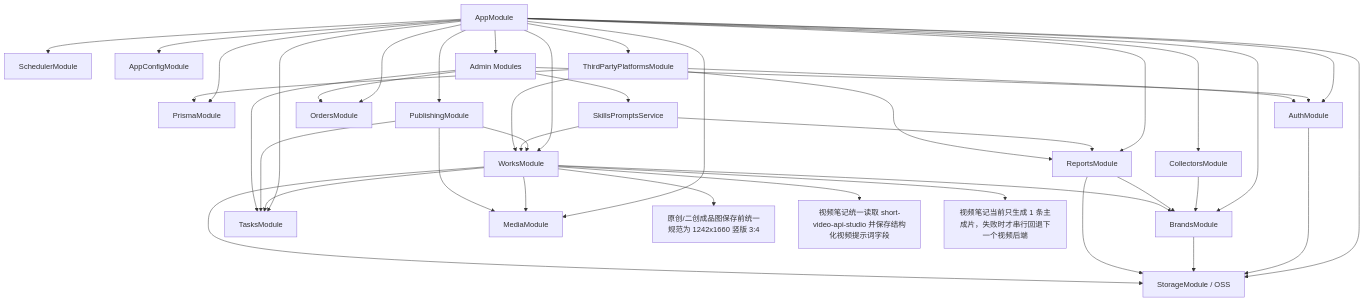
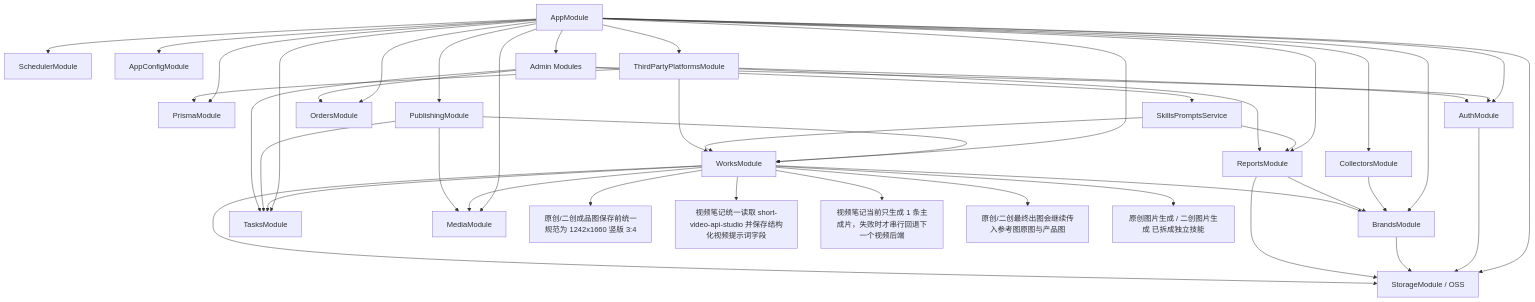
One commit to Depthukesh/ai-omni-ops-system changed the tenth of 12 diagrams in docs/site-map-mermaid.md. Above: the diagram before and after it, drawn with Mermaid. The commit also changed other lines of this file and 19 other files, not shown here.

````diff
--- a/docs/site-map-mermaid.md
+++ b/docs/site-map-mermaid.md
@@ -480,46 +487,48 @@
 ```mermaid
 flowchart TD
     App["AppModule"]
     App --> Infra1["PrismaModule"]
     App --> Infra2["SchedulerModule"]
     App --> Infra3["AppConfigModule"]
     App --> Infra4["StorageModule / OSS"]
 
     App --> M1["AuthModule"]
     App --> M2["BrandsModule"]
     App --> M3["CollectorsModule"]
     App --> M4["ReportsModule"]
     App --> M5["WorksModule"]
     App --> M6["PublishingModule"]
     App --> M7["TasksModule"]
     App --> M8["MediaModule"]
     App --> M9["OrdersModule"]
     App --> M10["Admin Modules"]
     App --> M12["ThirdPartyPlatformsModule"]
 
     M1 --> Infra4
     M2 --> Infra4
     M3 --> M2
     M4 --> M2
     M4 --> Infra4
     M5 --> M2
     M5 --> M7
     M5 --> M8
     M5 --> Infra4
     M5 --> M51["原创/二创成品图保存前统一规范为 1242x1660 竖版 3:4"]
     M5 --> M52["视频笔记统一读取 short-video-api-studio 并保存结构化视频提示词字段"]
     M5 --> M53["视频笔记当前只生成 1 条主成片，失败时才串行回退下一个视频后端"]
+    M5 --> M54["原创/二创最终出图会继续传入参考图原图与产品图"]
+    M5 --> M55["原创图片生成 / 二创图片生成 已拆成独立技能"]
     M6 --> M5
     M6 --> M7
     M6 --> M8
     M10 --> M9
     M10 --> M1
     M10 --> M7
     M10 --> M11["SkillsPromptsService"]
     M11 --> M4
     M11 --> M5
     M12 --> M1
     M12 --> M4
     M12 --> M5
     M12 --> Infra1
 ```
````
